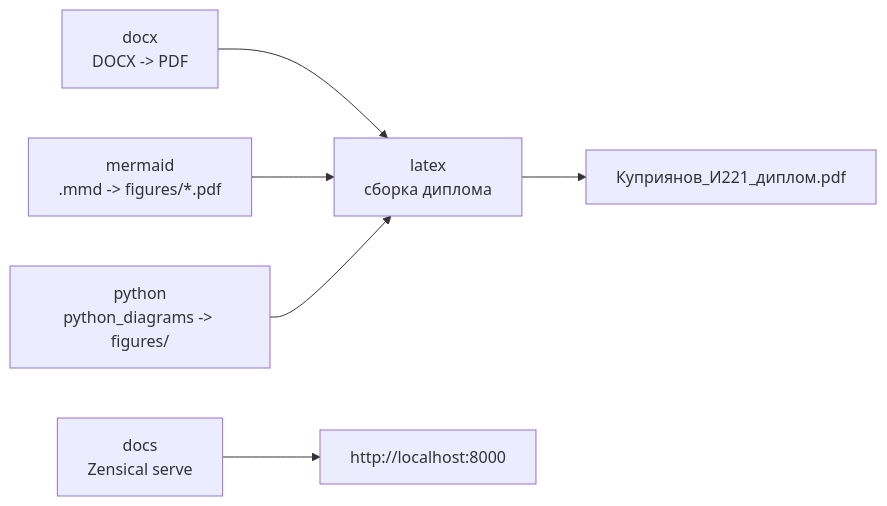
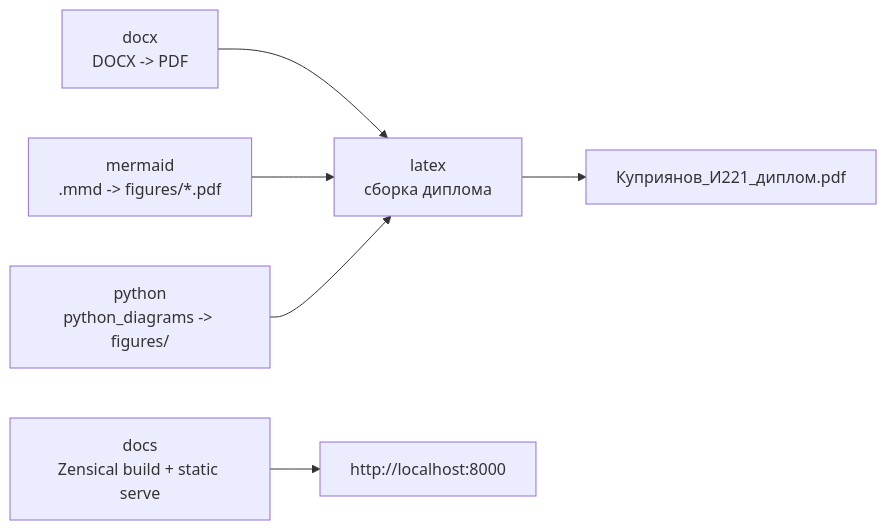
One commit to ethercod3/latex_thesis_template changed the first of 2 diagrams in docs/docker.md. Above: the diagram before and after it, drawn with Mermaid. The commit also changed other lines of this file and 22 other files, not shown here.

````diff
--- a/docs/docker.md
+++ b/docs/docker.md
@@ -3,8 +3,8 @@
 ```mermaid
 flowchart LR
     DOCX["docx<br/>DOCX -> PDF"] --> LATEX["latex<br/>сборка диплома"]
     MERMAID["mermaid<br/>.mmd -> figures/*.pdf"] --> LATEX
     PYTHON["python<br/>python_diagrams -> figures/"] --> LATEX
     LATEX --> PDF["Куприянов_И221_диплом.pdf"]
-    DOCS["docs<br/>Zensical serve"] --> SITE["http://localhost:8000"]
+    DOCS["docs<br/>Zensical build + static serve"] --> SITE["http://localhost:8000"]
 ```
````
